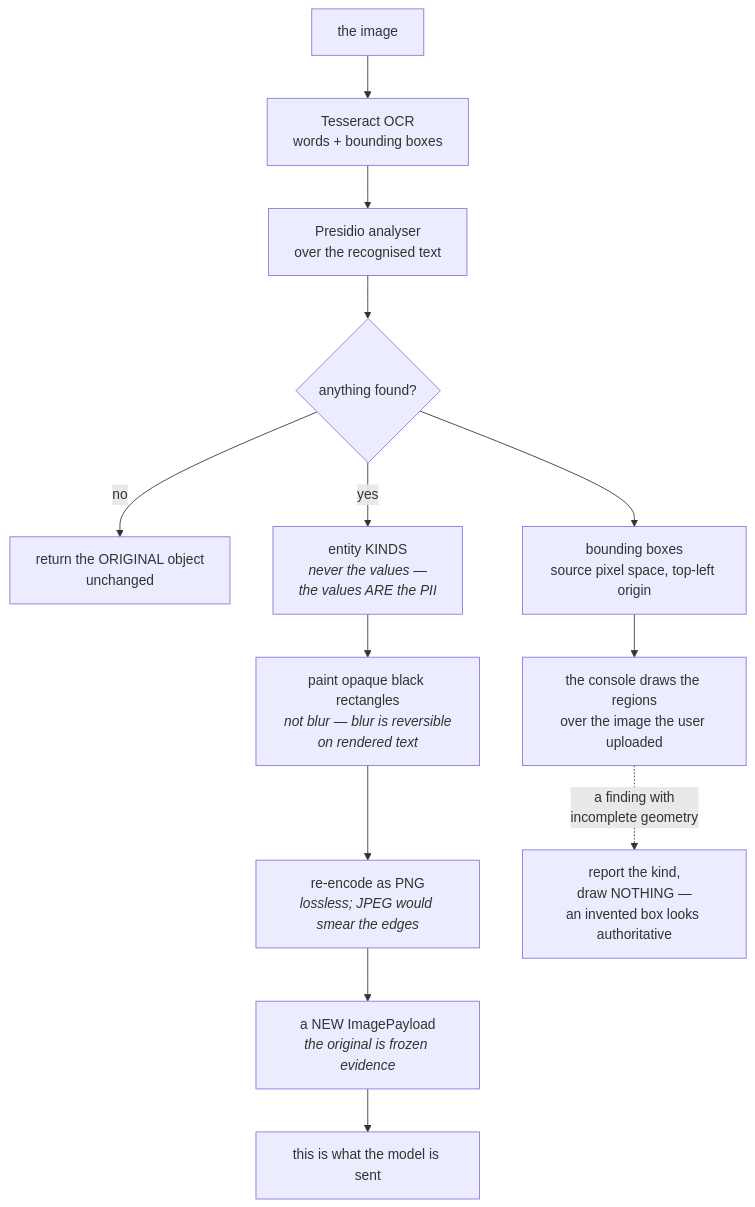
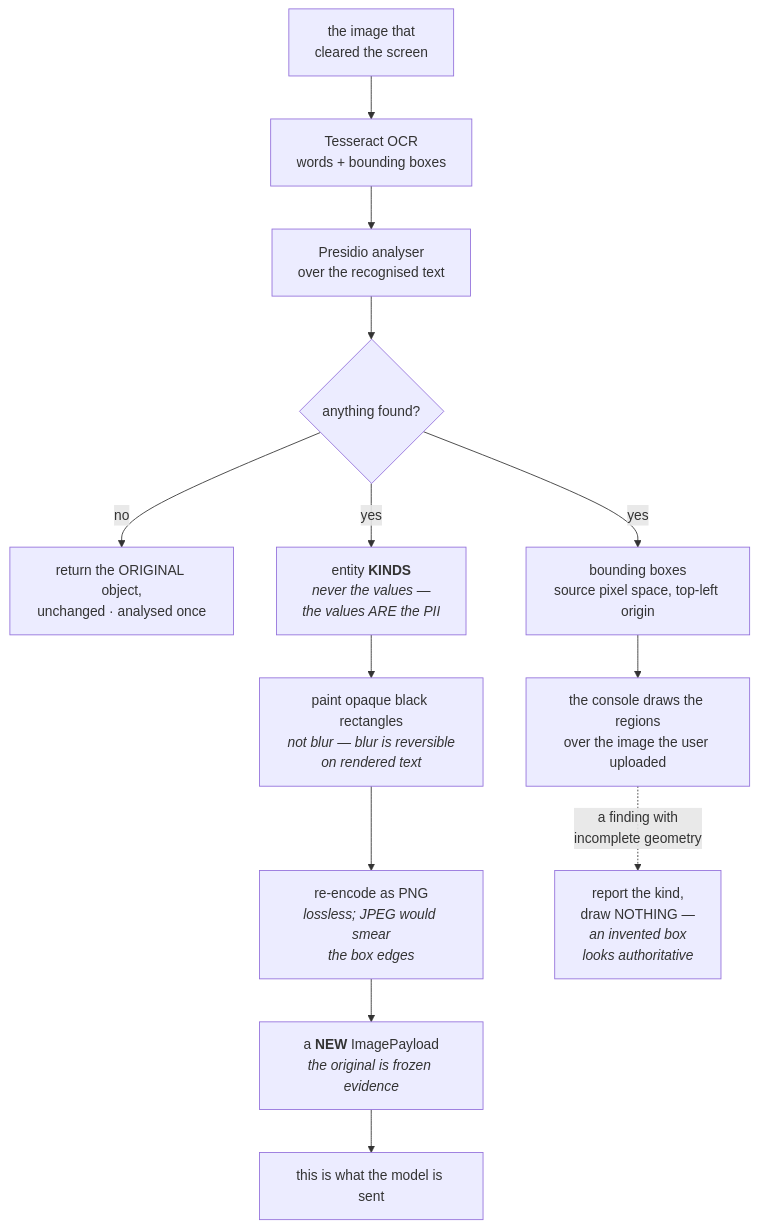
Before and after one commit to yrevash/aegis: the fifth of 5 diagrams in docs/teaching/vision/40-diagrams.md, drawn with Mermaid. The commit also changed other lines of this file and 111 other files, not shown here.

````diff
--- a/docs/teaching/vision/40-diagrams.md
+++ b/docs/teaching/vision/40-diagrams.md
@@ -227,19 +145,19 @@
 ```mermaid
 flowchart TB
-    IMG["the image"] --> OCR["Tesseract OCR<br/>words + bounding boxes"]
+    IMG["the image that<br/>cleared the screen"] --> OCR["Tesseract OCR<br/>words + bounding boxes"]
     OCR --> AN["Presidio analyser<br/>over the recognised text"]
     AN --> F{"anything found?"}
 
-    F -->|no| ORIGINAL["return the ORIGINAL object<br/>unchanged"]
-    F -->|yes| K["entity KINDS<br/><i>never the values —<br/>the values ARE the PII</i>"]
-    F --> BOX["bounding boxes<br/>source pixel space, top-left origin"]
+    F -->|no| ORIGINAL["return the ORIGINAL object,<br/>unchanged · analysed once"]
+    F -->|yes| K["entity <b>KINDS</b><br/><i>never the values —<br/>the values ARE the PII</i>"]
+    F -->|yes| BOX["bounding boxes<br/>source pixel space, top-left origin"]
 
     K --> PAINT["paint opaque black rectangles<br/><i>not blur — blur is reversible<br/>on rendered text</i>"]
-    PAINT --> PNG["re-encode as PNG<br/><i>lossless; JPEG would smear the edges</i>"]
-    PNG --> NEW["a NEW ImagePayload<br/><i>the original is frozen evidence</i>"]
+    PAINT --> PNG["re-encode as PNG<br/><i>lossless; JPEG would smear<br/>the box edges</i>"]
+    PNG --> NEW["a <b>NEW</b> ImagePayload<br/><i>the original is frozen evidence</i>"]
 
     NEW --> FWD["this is what the model is sent"]
     BOX --> OVERLAY["the console draws the regions<br/>over the image the user uploaded"]
 
-    OVERLAY -.->|"a finding with<br/>incomplete geometry"| NODRAW["report the kind,<br/>draw NOTHING —<br/>an invented box looks authoritative"]
+    OVERLAY -.->|"a finding with<br/>incomplete geometry"| NODRAW["report the kind,<br/>draw NOTHING —<br/><i>an invented box<br/>looks authoritative</i>"]
 ```
````
